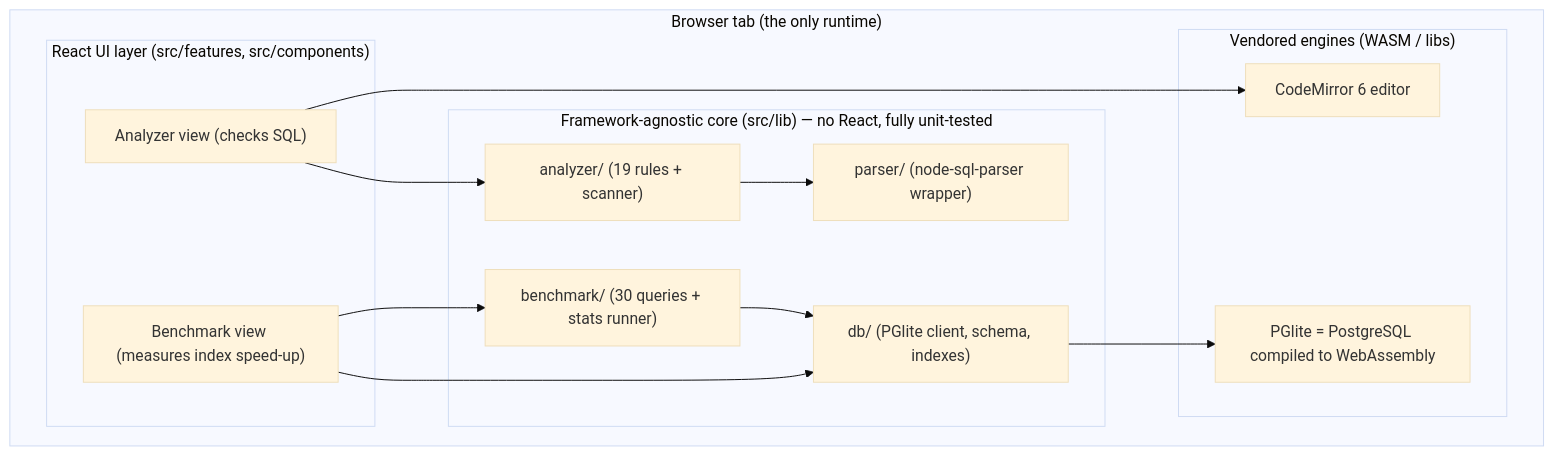
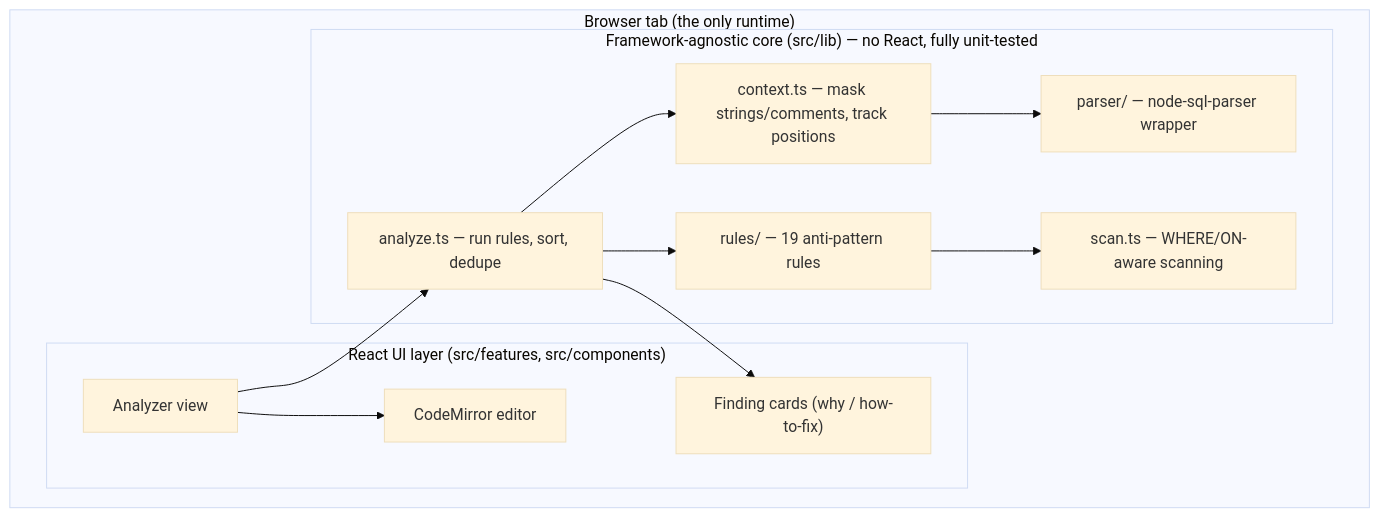
One commit to CodeXAniket/sql-query-doctor changed the diagram in INTERVIEW_PREP.md. Above: the diagram before and after it, drawn with Mermaid (base theme). The commit also changed other lines of this file and 17 other files, not shown here.

First line of the commit message:
Remove the Benchmark feature; ship the Analyzer only

````diff
--- a/INTERVIEW_PREP.md
+++ b/INTERVIEW_PREP.md
@@ -95,24 +94,23 @@
 ```mermaid
 flowchart TB
     subgraph Browser["Browser tab (the only runtime)"]
         subgraph UI["React UI layer (src/features, src/components)"]
-            A["Analyzer view (checks SQL)"]
-            B["Benchmark view (measures index speed-up)"]
+            A["Analyzer view"]
+            CM["CodeMirror editor"]
+            FC["Finding cards (why / how-to-fix)"]
         end
         subgraph LIB["Framework-agnostic core (src/lib) — no React, fully unit-tested"]
-            AN["analyzer/ (19 rules + scanner)"]
-            PA["parser/ (node-sql-parser wrapper)"]
-            DB["db/ (PGlite client, schema, indexes)"]
-            BM["benchmark/ (30 queries + stats runner)"]
-        end
-        subgraph VENDOR["Vendored engines (WASM / libs)"]
-            PG["PGlite = PostgreSQL compiled to WebAssembly"]
-            CM["CodeMirror 6 editor"]
+            CTX["context.ts — mask strings/comments, track positions"]
+            SCAN["scan.ts — WHERE/ON-aware scanning"]
+            RULES["rules/ — 19 anti-pattern rules"]
+            RUN["analyze.ts — run rules, sort, dedupe"]
+            PARSE["parser/ — node-sql-parser wrapper"]
         end
     end
 
-    A --> AN --> PA
     A --> CM
-    B --> DB --> PG
-    B --> BM --> DB
+    A --> RUN
+    RUN --> CTX --> PARSE
+    RUN --> RULES --> SCAN
+    RUN --> FC
 ```
````
